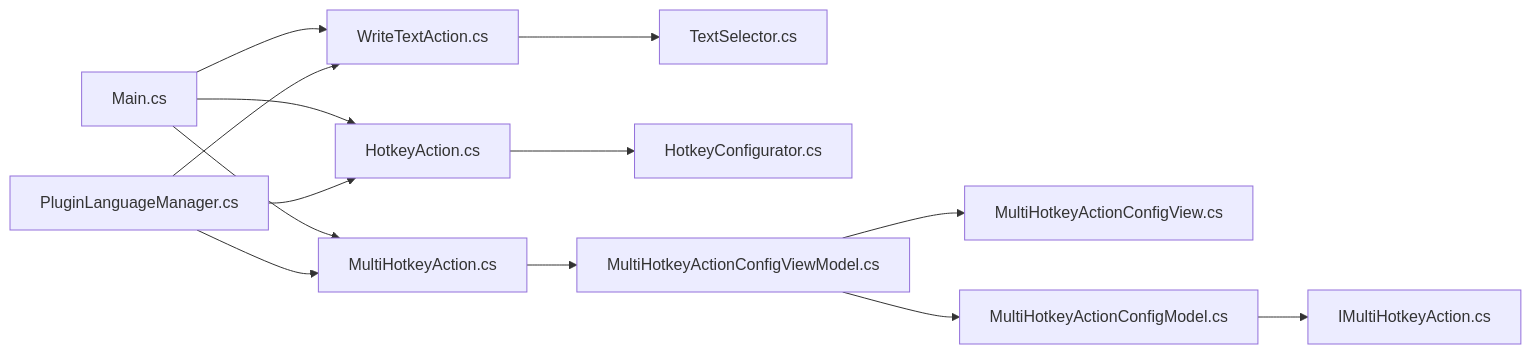
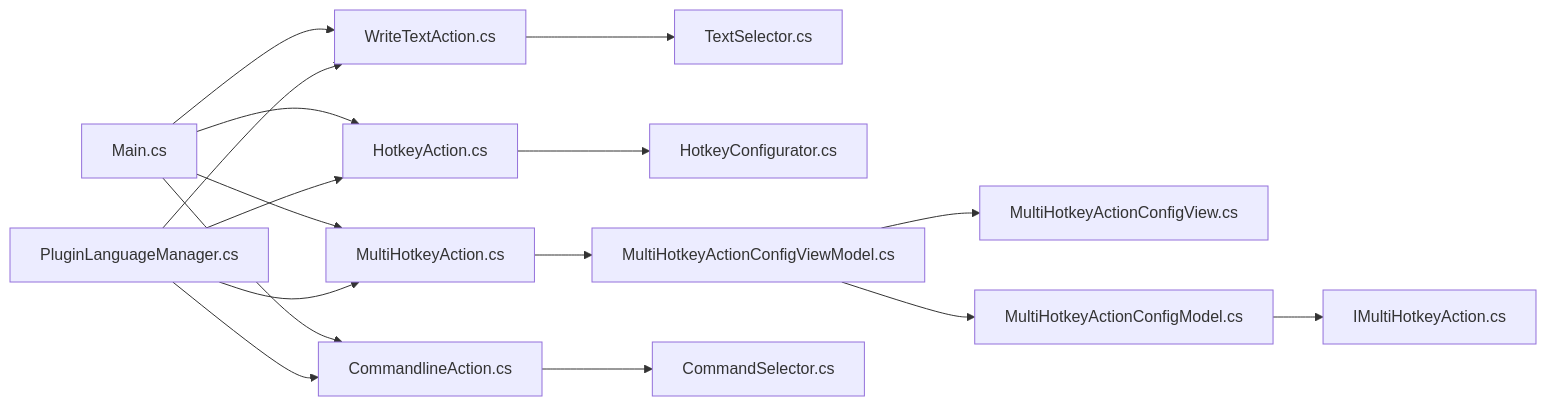
One commit to tea4go/Macro-Deck-Windows-Utils-Plugin changed the seventh of 7 diagrams in .qoder/repowiki/zh/content/核心功能/文本输入与热键系统.md. Above: the diagram before and after it, drawn with Mermaid. The commit also changed other lines of this file and 39 other files, not shown here.

````diff
--- a/.qoder/repowiki/zh/content/核心功能/文本输入与热键系统.md
+++ b/.qoder/repowiki/zh/content/核心功能/文本输入与热键系统.md
@@ -331,15 +409,18 @@
 ```mermaid
 graph LR
 MAIN["Main.cs"] --> WTA["WriteTextAction.cs"]
 MAIN --> HK["HotkeyAction.cs"]
 MAIN --> MHK["MultiHotkeyAction.cs"]
+MAIN --> CLA["CommandlineAction.cs"]
 WTA --> TSC["TextSelector.cs"]
 HK --> HKC["HotkeyConfigurator.cs"]
 MHK --> VM["MultiHotkeyActionConfigViewModel.cs"]
 VM --> V["MultiHotkeyActionConfigView.cs"]
 VM --> MHKModel["MultiHotkeyActionConfigModel.cs"]
 MHKModel --> IMH["IMultiHotkeyAction.cs"]
+CLA --> CSC["CommandSelector.cs"]
 LANG["PluginLanguageManager.cs"] --> WTA
 LANG --> HK
 LANG --> MHK
+LANG --> CLA
 ```
````
